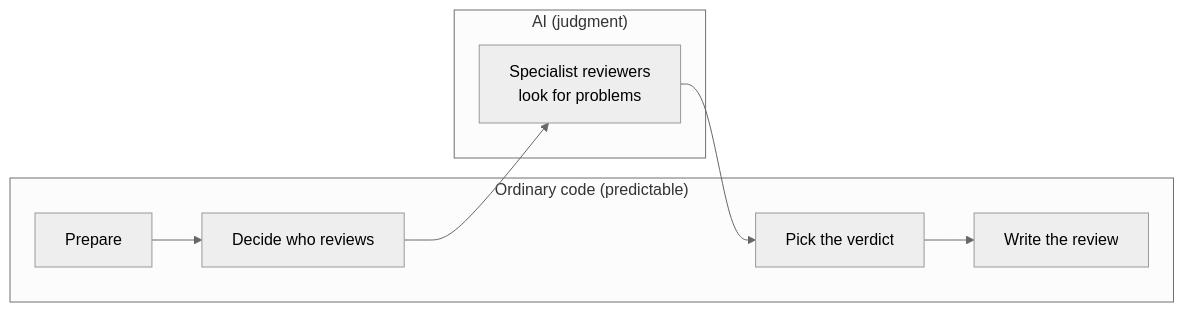
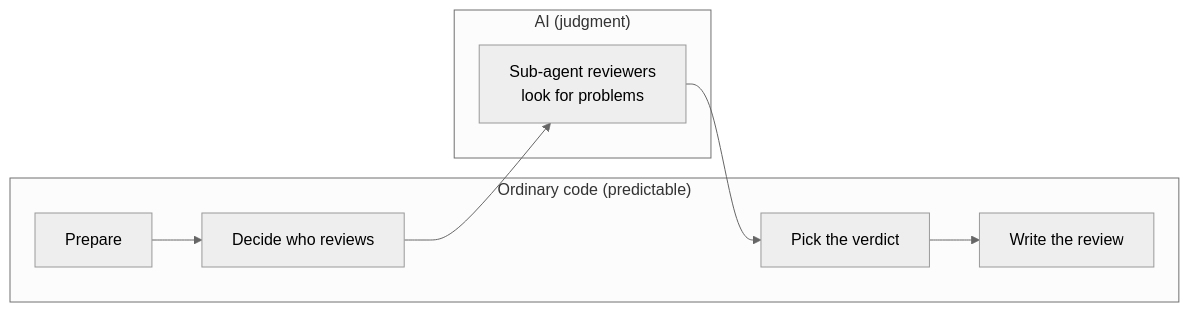
One commit to Khan/actions changed the second of 8 diagrams in workflows/review/ARCHITECTURE.md. Above: the diagram before and after it, drawn with Mermaid (neutral theme). The commit also changed other lines of this file, not shown here.

````diff
--- a/workflows/review/ARCHITECTURE.md
+++ b/workflows/review/ARCHITECTURE.md
@@ -28,11 +29,11 @@
 ```mermaid
 flowchart LR
   subgraph Code["Ordinary code (predictable)"]
     P[Prepare] --> R[Decide who reviews]
     V[Pick the verdict] --> W[Write the review]
   end
   subgraph AI["AI (judgment)"]
-    F[Specialist reviewers<br/>look for problems]
+    F[Sub-agent reviewers<br/>look for problems]
   end
   R --> F --> V
 ```
````
